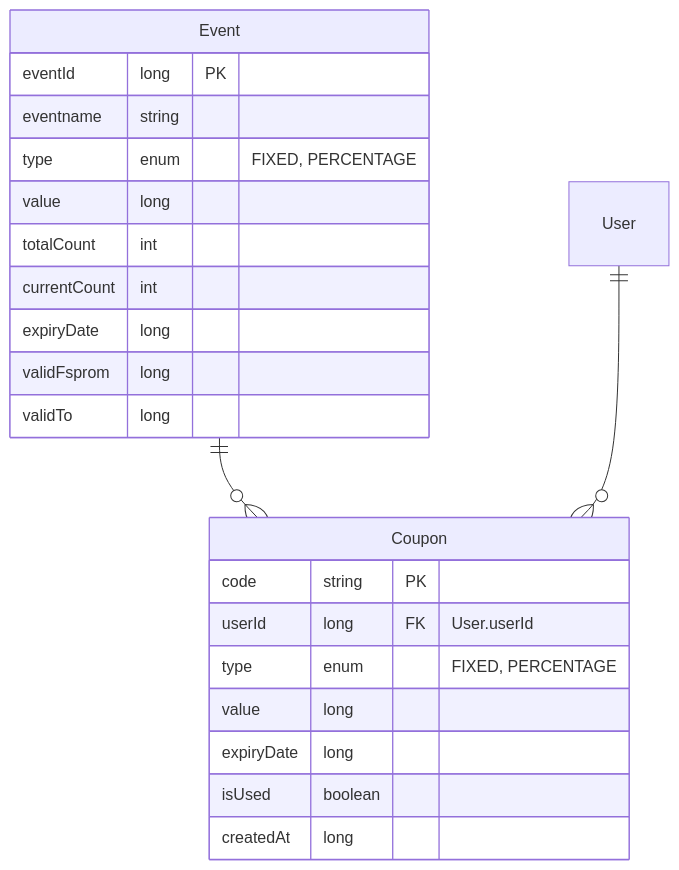
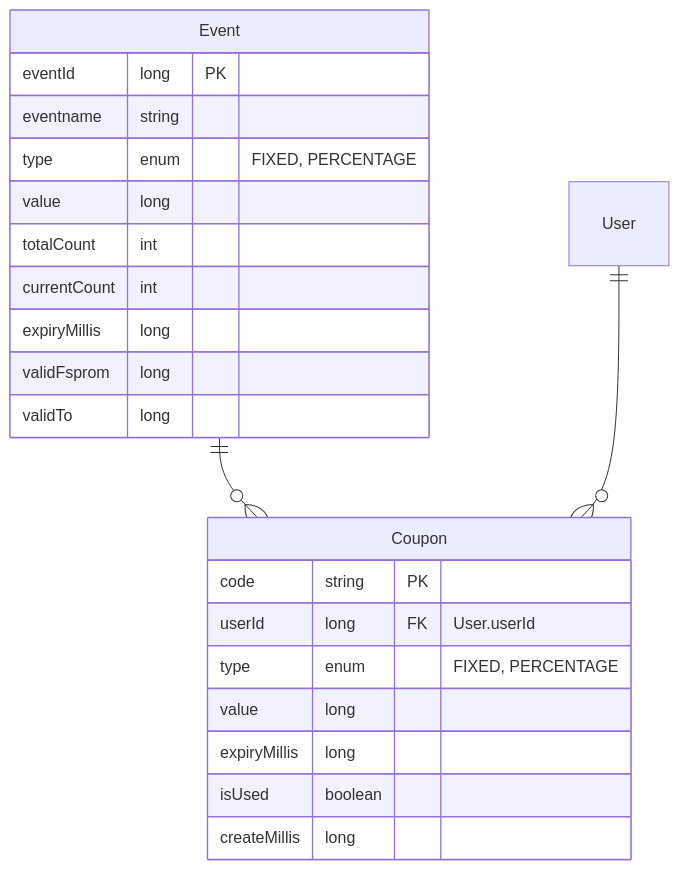
One commit to chapakook/kotlin-ecommerce changed the third of 5 diagrams in docs/erd.md. Above: the diagram before and after it, drawn with Mermaid. The commit also changed other lines of this file, not shown here.

Commit message:
[DOC] erd.md 업데이트 date -> millis

````diff
--- a/docs/erd.md
+++ b/docs/erd.md
@@ -137,25 +137,25 @@
 ```mermaid
 erDiagram
     Event{
         eventId long PK
         eventname string
         type enum "FIXED, PERCENTAGE"
         value long
         totalCount int
         currentCount int
-        expiryDate long
+        expiryMillis long
         validFsprom long
         validTo long
     }
     Coupon{
         code string PK
         userId long FK "User.userId"
         type enum "FIXED, PERCENTAGE"
         value long
-        expiryDate long
+        expiryMillis long
         isUsed boolean
-        createdAt long
+        createMillis long
     }
     Event ||--o{ Coupon: ""
     User ||--o{ Coupon:  ""
 ```
````
